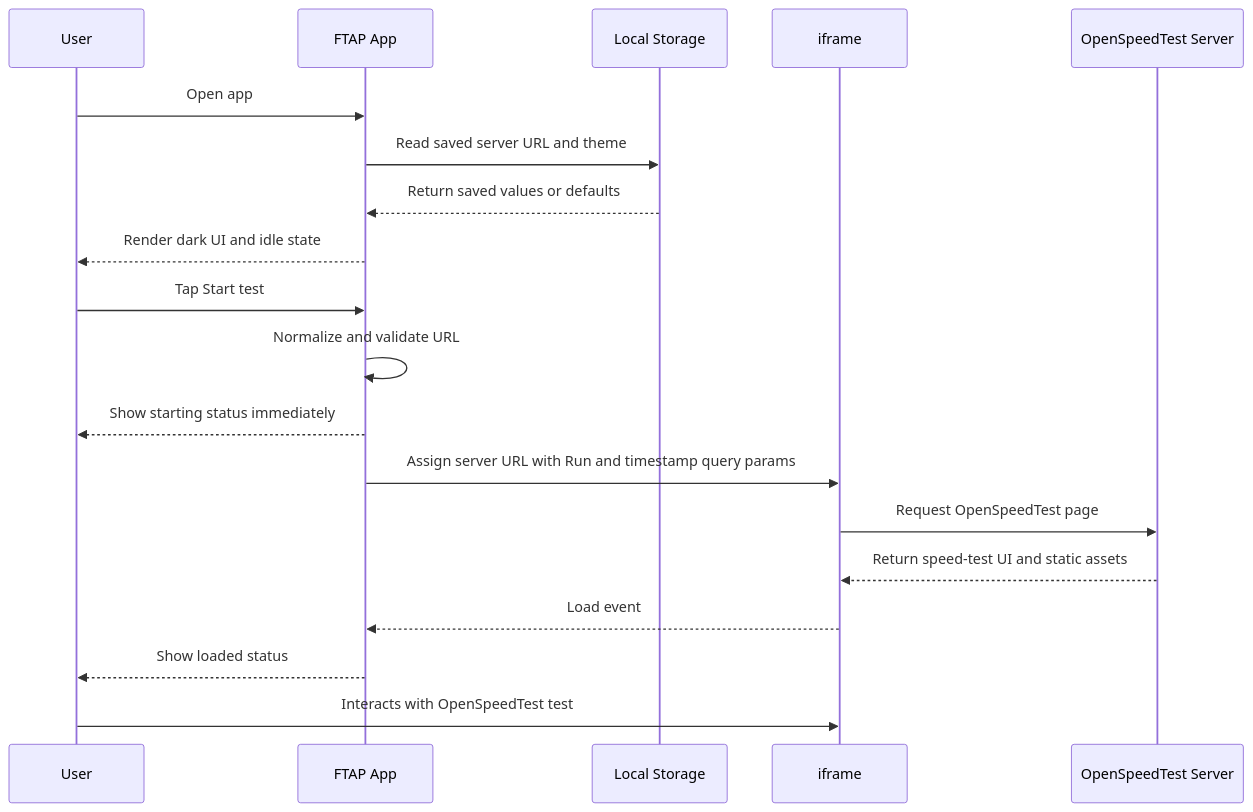
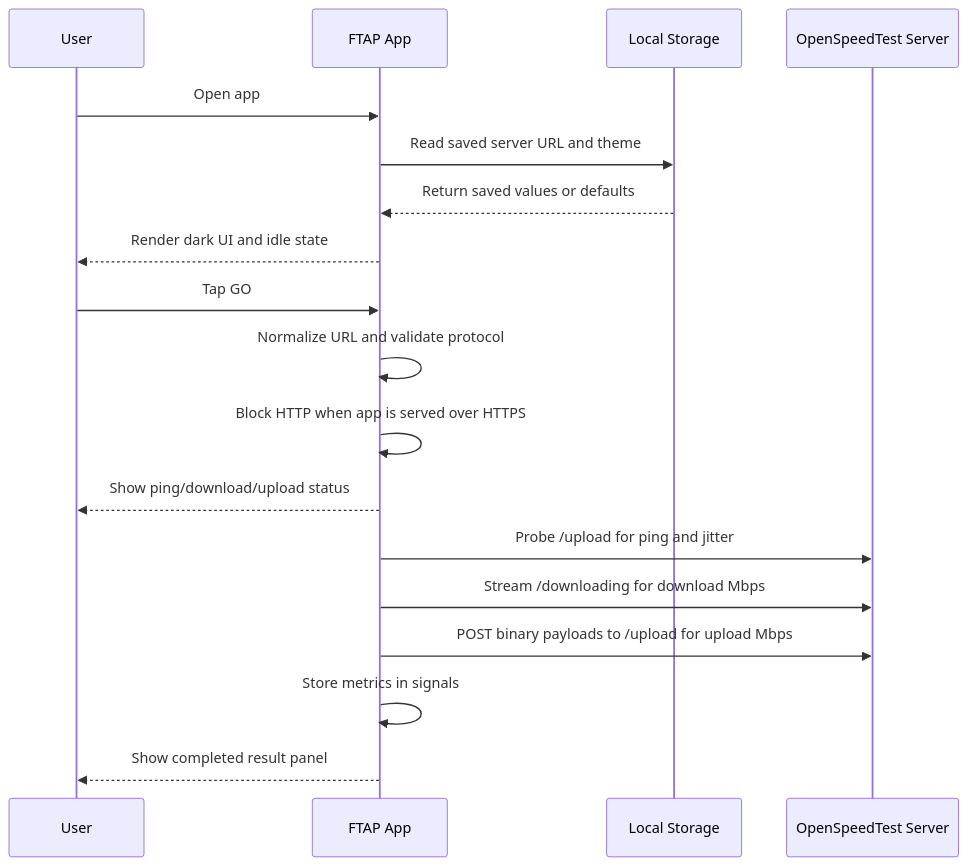
The third of 11 diagrams in docs/DOCUMENTATION.md (rgalor-ca/openspeedtest-ftap-poc), drawn with Mermaid before and after one commit. The commit also changed other lines of this file and 13 other files, not shown here.

Commit message:
Refactor FTAP OpenSpeedTest POC UI

````diff
--- a/docs/DOCUMENTATION.md
+++ b/docs/DOCUMENTATION.md
@@ -111,22 +131,21 @@
 ```mermaid
 sequenceDiagram
   participant U as User
   participant A as FTAP App
   participant Store as Local Storage
-  participant Frame as iframe
   participant S as OpenSpeedTest Server
 
   U->>A: Open app
   A->>Store: Read saved server URL and theme
   Store-->>A: Return saved values or defaults
   A-->>U: Render dark UI and idle state
-  U->>A: Tap Start test
-  A->>A: Normalize and validate URL
-  A-->>U: Show starting status immediately
-  A->>Frame: Assign server URL with Run and timestamp query params
-  Frame->>S: Request OpenSpeedTest page
-  S-->>Frame: Return speed-test UI and static assets
-  Frame-->>A: Load event
-  A-->>U: Show loaded status
-  U->>Frame: Interacts with OpenSpeedTest test
+  U->>A: Tap GO
+  A->>A: Normalize URL and validate protocol
+  A->>A: Block HTTP when app is served over HTTPS
+  A-->>U: Show ping/download/upload status
+  A->>S: Probe /upload for ping and jitter
+  A->>S: Stream /downloading for download Mbps
+  A->>S: POST binary payloads to /upload for upload Mbps
+  A->>A: Store metrics in signals
+  A-->>U: Show completed result panel
 ```
````
